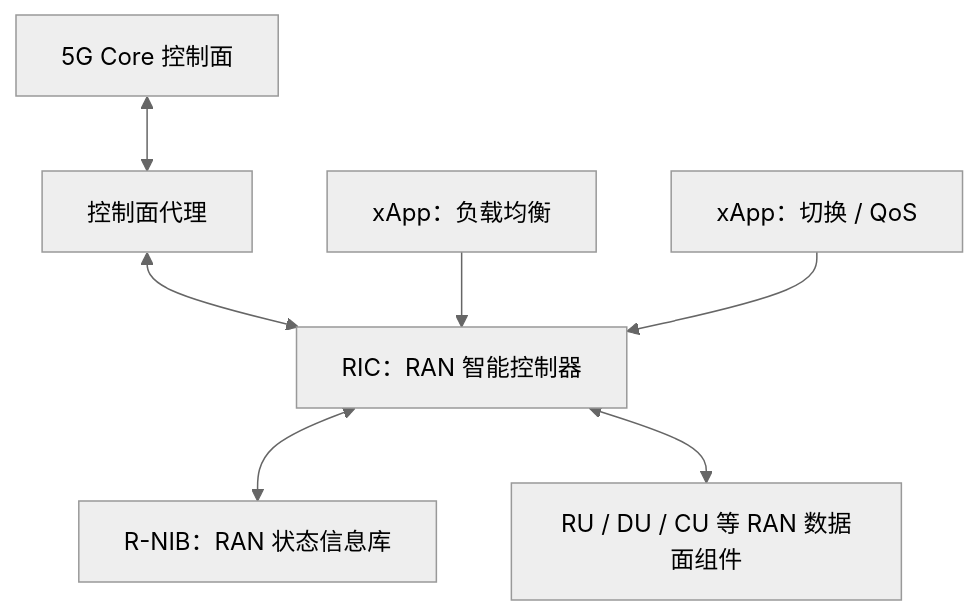
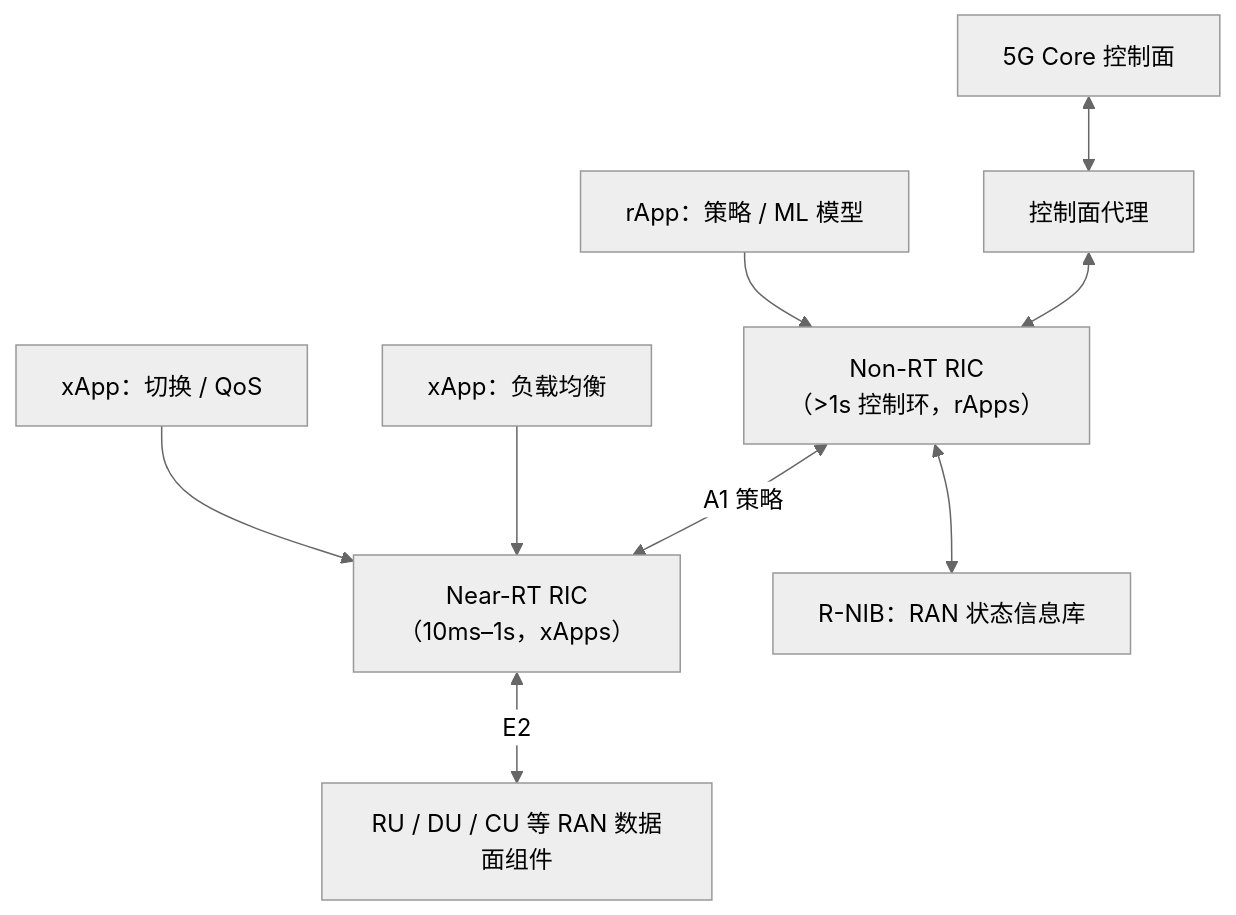
Before and after one commit to Meer-Matze/Meer-Matze.github.io: diagram 11 of 18 in src/content/posts/无线网络与移动网络.md, drawn with Mermaid (neutral theme). The commit also changed other lines of this file, not shown here.

````diff
--- a/src/content/posts/无线网络与移动网络.md
+++ b/src/content/posts/无线网络与移动网络.md
@@ -835,9 +834,11 @@
 ```mermaid
 flowchart TB
     CORE["5G Core 控制面"] <--> PROXY["控制面代理"]
-    PROXY <--> RIC["RIC：RAN 智能控制器"]
-    RIC <--> NIB["R-NIB：RAN 状态信息库"]
-    X1["xApp：负载均衡"] --> RIC
-    X2["xApp：切换 / QoS"] --> RIC
-    RIC <--> RAN["RU / DU / CU 等 RAN 数据面组件"]
+    PROXY <--> NRTRIC["Non-RT RIC<br>（>1s 控制环，rApps）"]
+    NRTRIC <-->|"A1 策略"| NEARRT["Near-RT RIC<br>（10ms–1s，xApps）"]
+    NRTRIC <--> NIB["R-NIB：RAN 状态信息库"]
+    X1["xApp：负载均衡"] --> NEARRT
+    X2["xApp：切换 / QoS"] --> NEARRT
+    R1["rApp：策略 / ML 模型"] --> NRTRIC
+    NEARRT <-->|"E2"| RAN["RU / DU / CU 等 RAN 数据面组件"]
 ```
````
